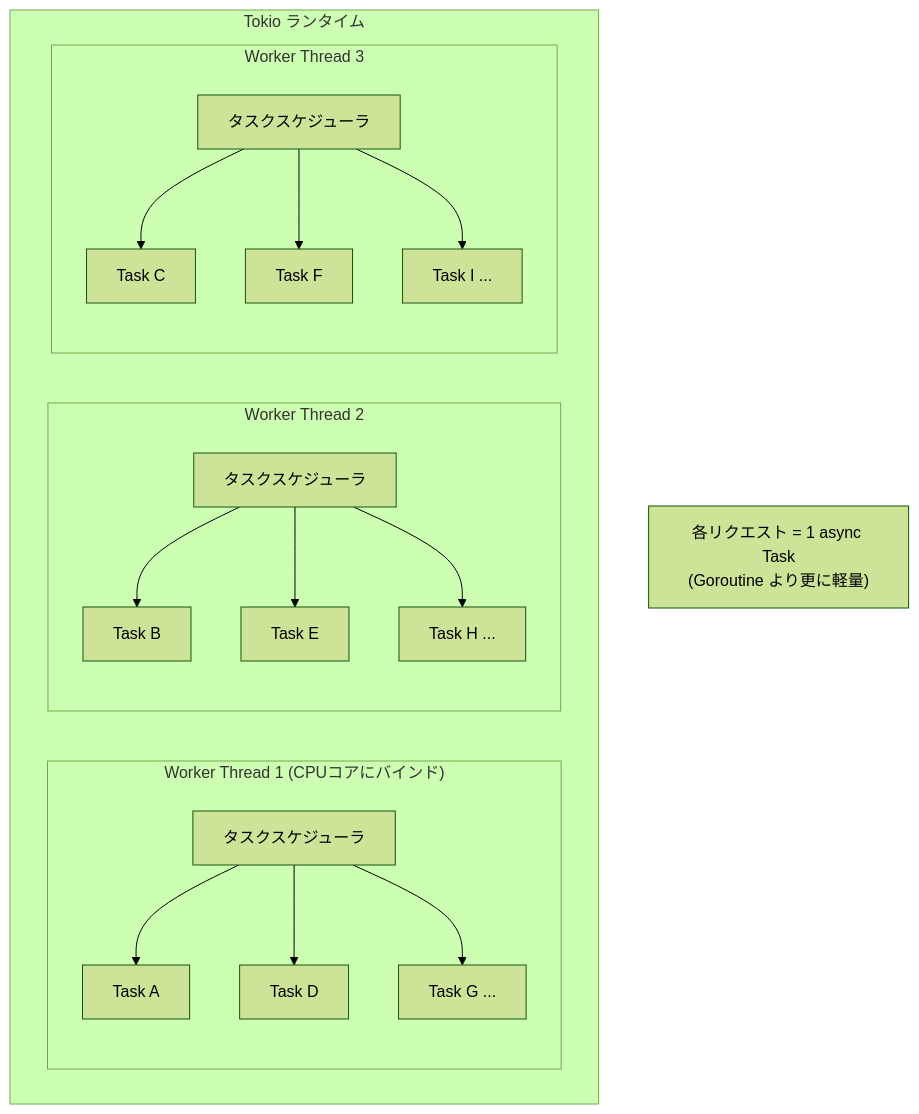
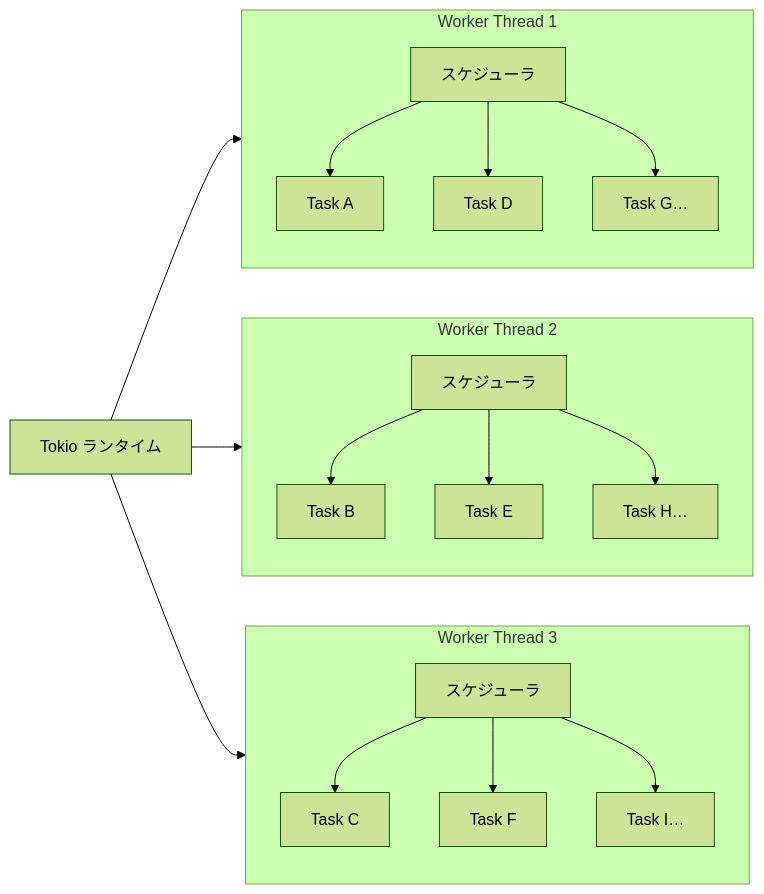
Diagram 11 of 14 in details/Webサーバーとランタイムのリクエスト処理モデル.md (ryotaro-boost/web-engineer-knowledge-layers), drawn with Mermaid (forest theme) before and after one commit. The commit also changed other lines of this file, not shown here.

First line of the commit message:
Mermaid図のテキスト重なりを修正

````diff
--- a/details/Webサーバーとランタイムのリクエスト処理モデル.md
+++ b/details/Webサーバーとランタイムのリクエスト処理モデル.md
@@ -393,21 +386,13 @@
 ```mermaid
-graph TD
-    subgraph Tokio["Tokio ランタイム"]
-        subgraph WT1["Worker Thread 1 (CPUコアにバインド)"]
-            S1["タスクスケジューラ"] --> TA["Task A"]
-            S1 --> TD["Task D"]
-            S1 --> TG["Task G ..."]
-        end
-        subgraph WT2["Worker Thread 2"]
-            S2["タスクスケジューラ"] --> TB["Task B"]
-            S2 --> TE["Task E"]
-            S2 --> TH["Task H ..."]
-        end
-        subgraph WT3["Worker Thread 3"]
-            S3["タスクスケジューラ"] --> TC["Task C"]
-            S3 --> TF["Task F"]
-            S3 --> TI["Task I ..."]
-        end
+graph LR
+    subgraph WT1["Worker Thread 1"]
+        S1["スケジューラ"] --> TA["Task A"] & TD2["Task D"] & TG["Task G…"]
     end
-    Note["各リクエスト = 1 async Task<br>(Goroutine より更に軽量)"]
+    subgraph WT2["Worker Thread 2"]
+        S2["スケジューラ"] --> TB["Task B"] & TE["Task E"] & TH["Task H…"]
+    end
+    subgraph WT3["Worker Thread 3"]
+        S3["スケジューラ"] --> TC["Task C"] & TF["Task F"] & TI["Task I…"]
+    end
+    Tokio["Tokio ランタイム"] --> WT1 & WT2 & WT3
 ```
````
